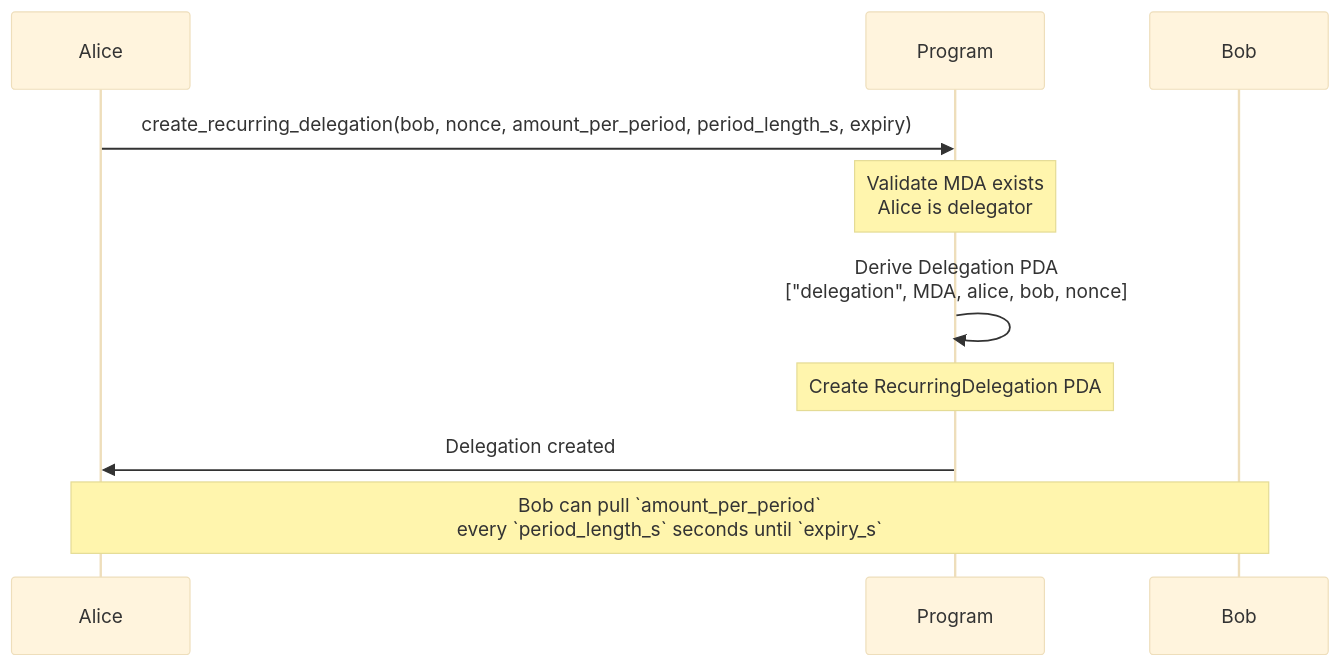
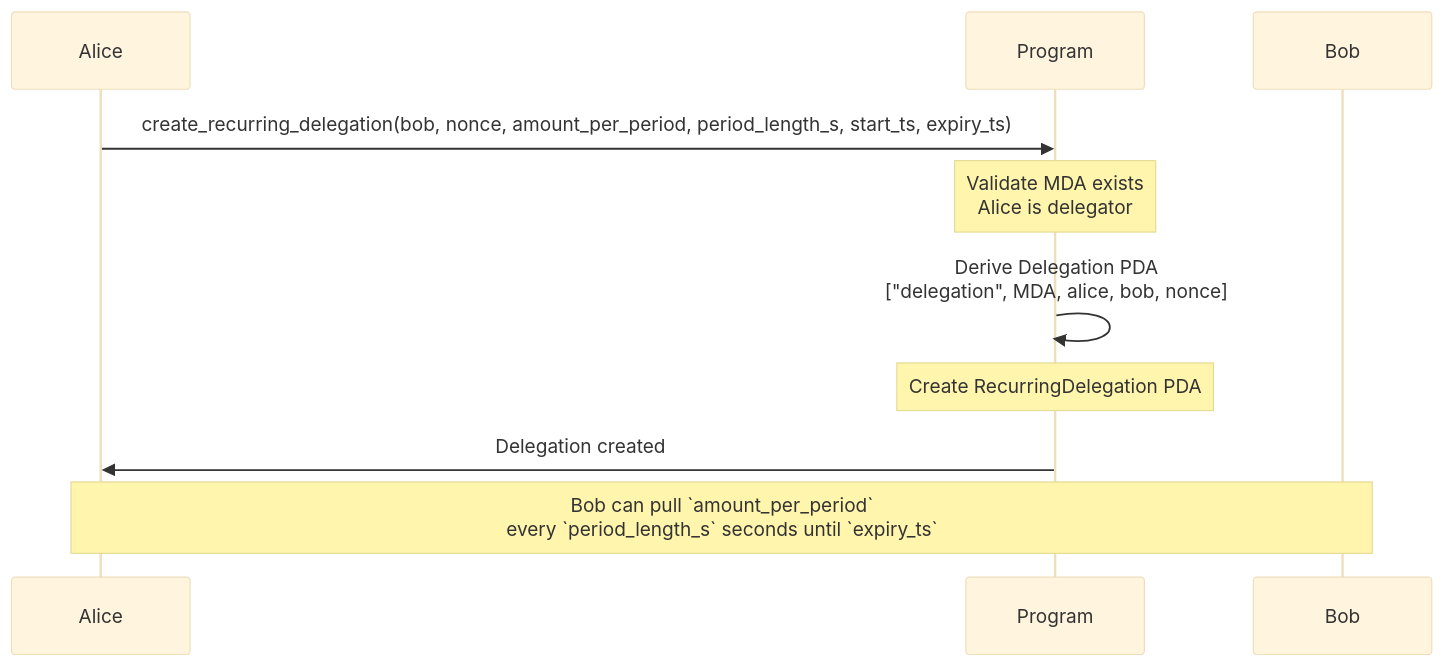
One commit to solana-program/multi-delegator changed the fourth of 6 diagrams in docs/001-multi-delegator-architecture.md. Above: the diagram before and after it, drawn with Mermaid (base theme). The commit also changed other lines of this file and 31 other files, not shown here.

````diff
--- a/docs/001-multi-delegator-architecture.md
+++ b/docs/001-multi-delegator-architecture.md
@@ -84,15 +84,15 @@
 ```mermaid
 sequenceDiagram
     participant A as Alice
     participant P as Program
     participant B as Bob
 
-    A->>P: create_recurring_delegation(bob, nonce, amount_per_period, period_length_s, expiry)
+    A->>P: create_recurring_delegation(bob, nonce, amount_per_period, period_length_s, start_ts, expiry_ts)
     Note over P: Validate MDA exists<br/>Alice is delegator
 
     P->>P: Derive Delegation PDA<br/>["delegation", MDA, alice, bob, nonce]
     Note over P: Create RecurringDelegation PDA
     P->>A: Delegation created
 
-    Note over A,B: Bob can pull `amount_per_period`<br/>every `period_length_s` seconds until `expiry_s`
+    Note over A,B: Bob can pull `amount_per_period`<br/>every `period_length_s` seconds until `expiry_ts`
 ```
````
